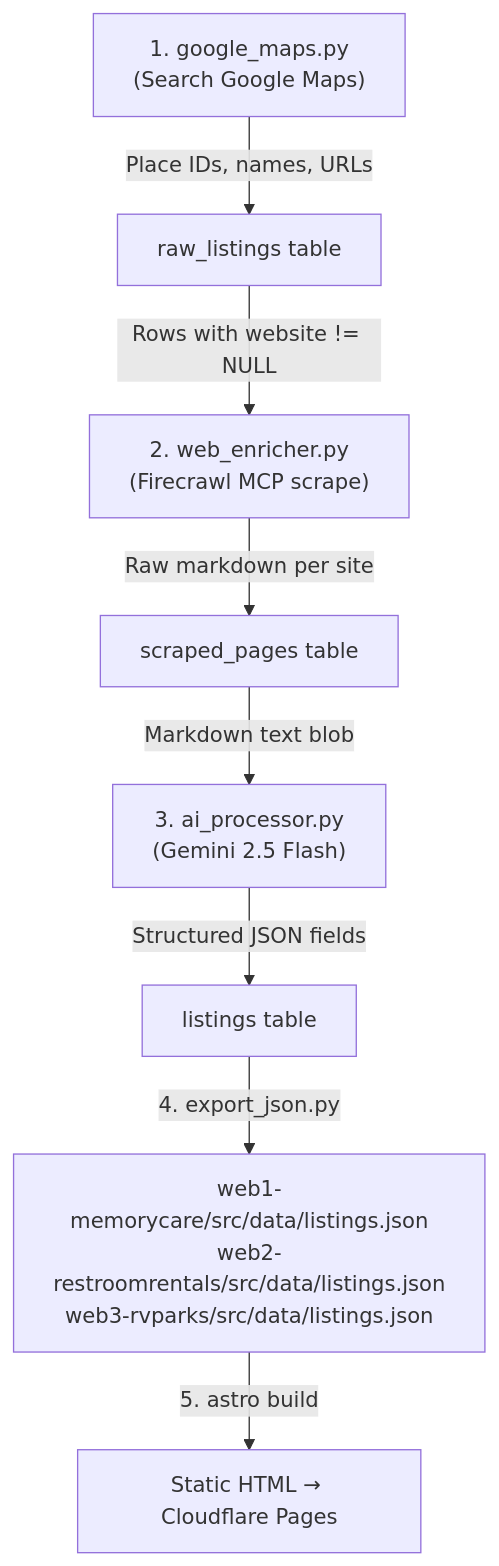
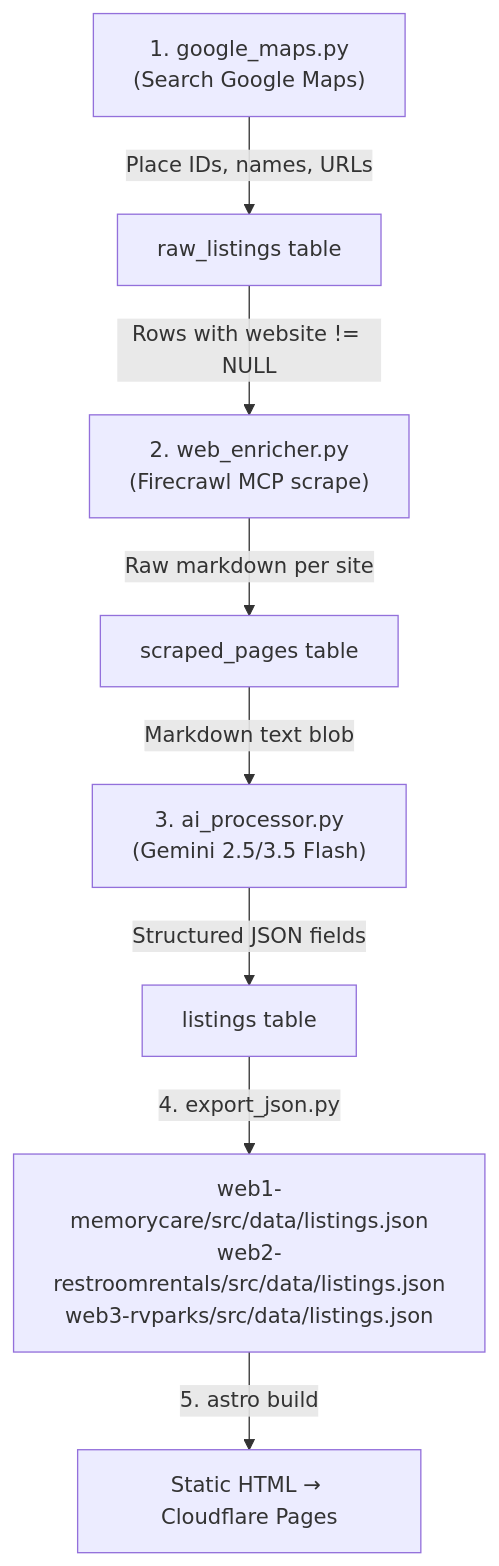
One commit to Water9977/niche-directory-portfolio changed the first of 2 diagrams in architecture.md. Above: the diagram before and after it, drawn with Mermaid. The commit also changed other lines of this file, not shown here.

Commit message:
docs: update architecture.md flow diagrams and script definitions

````diff
--- a/architecture.md
+++ b/architecture.md
@@ -59,10 +59,10 @@
 ```mermaid
 flowchart TD
     A["1. google_maps.py\n(Search Google Maps)"] -->|Place IDs, names, URLs| B["raw_listings table"]
     B -->|Rows with website != NULL| C["2. web_enricher.py\n(Firecrawl MCP scrape)"]
     C -->|Raw markdown per site| D["scraped_pages table"]
-    D -->|Markdown text blob| E["3. ai_processor.py\n(Gemini 2.5 Flash)"]
+    D -->|Markdown text blob| E["3. ai_processor.py\n(Gemini 2.5/3.5 Flash)"]
     E -->|Structured JSON fields| F["listings table"]
     F -->|4. export_json.py| G["web1-memorycare/src/data/listings.json\nweb2-restroomrentals/src/data/listings.json\nweb3-rvparks/src/data/listings.json"]
     G -->|5. astro build| H["Static HTML → Cloudflare Pages"]
 ```
````
